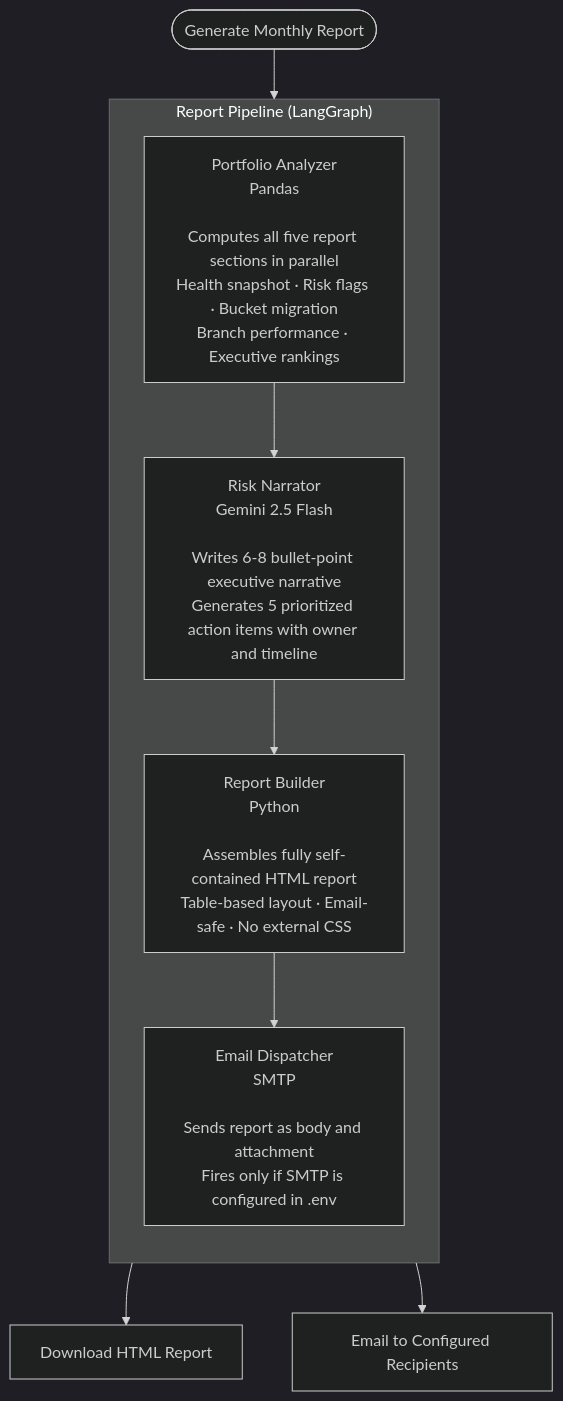
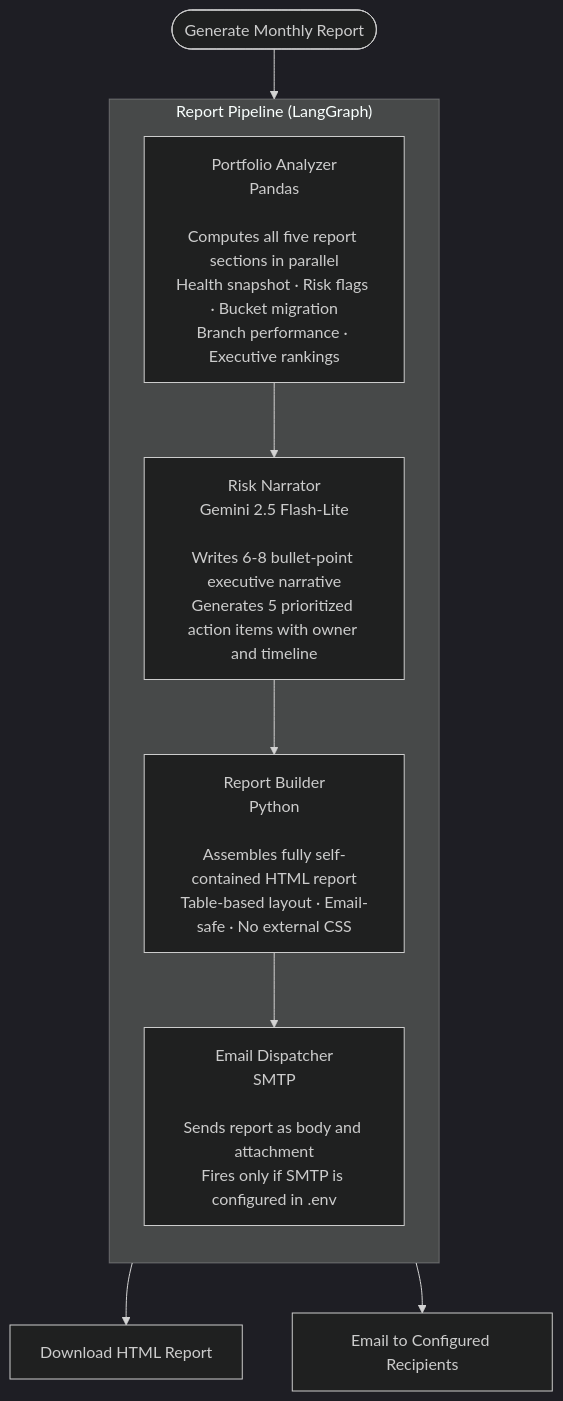
The second of 3 diagrams in README.md (Sanjay-00/CollectionIQ), drawn with Mermaid (dark theme) before and after one commit. The commit also changed other lines of this file and 15 other files, not shown here.

Commit message:
Version 3.0 - Improved   architecture and intelligence

````diff
--- a/README.md
+++ b/README.md
@@ -215,18 +223,18 @@
 ```mermaid
 flowchart TD
     Trigger(["Generate Monthly Report"])
 
     Trigger --> PA
 
     subgraph RP ["  Report Pipeline  (LangGraph)  "]
         direction TB
         PA["Portfolio Analyzer\nPandas\n\nComputes all five report sections in parallel\nHealth snapshot · Risk flags · Bucket migration\nBranch performance · Executive rankings"]
-        RN["Risk Narrator\nGemini 2.5 Flash\n\nWrites 6-8 bullet-point executive narrative\nGenerates 5 prioritized action items with owner and timeline"]
+        RN["Risk Narrator\nGemini 2.5 Flash-Lite\n\nWrites 6-8 bullet-point executive narrative\nGenerates 5 prioritized action items with owner and timeline"]
         RB["Report Builder\nPython\n\nAssembles fully self-contained HTML report\nTable-based layout · Email-safe · No external CSS"]
         ED["Email Dispatcher\nSMTP\n\nSends report as body and attachment\nFires only if SMTP is configured in .env"]
         PA --> RN --> RB --> ED
     end
 
     RB --> DL["Download HTML Report"]
     ED --> EM["Email to Configured Recipients"]
 ```
````
